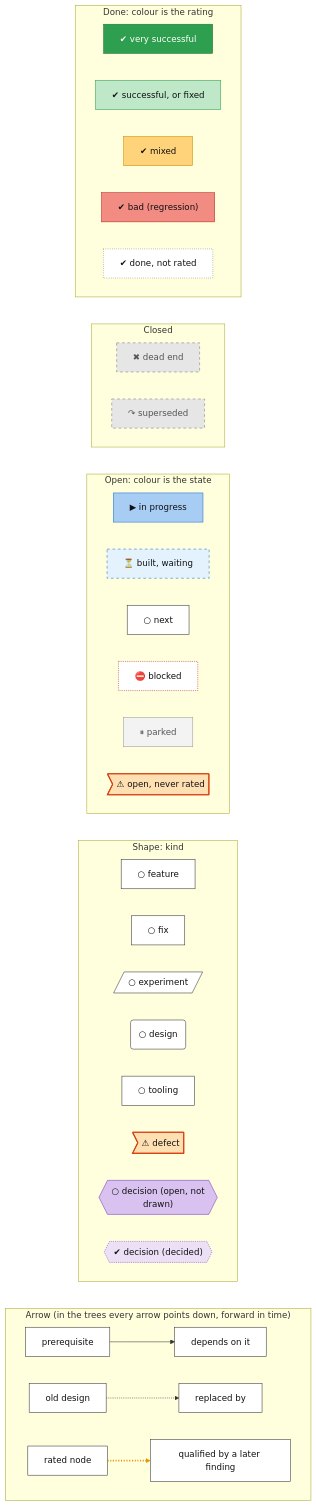
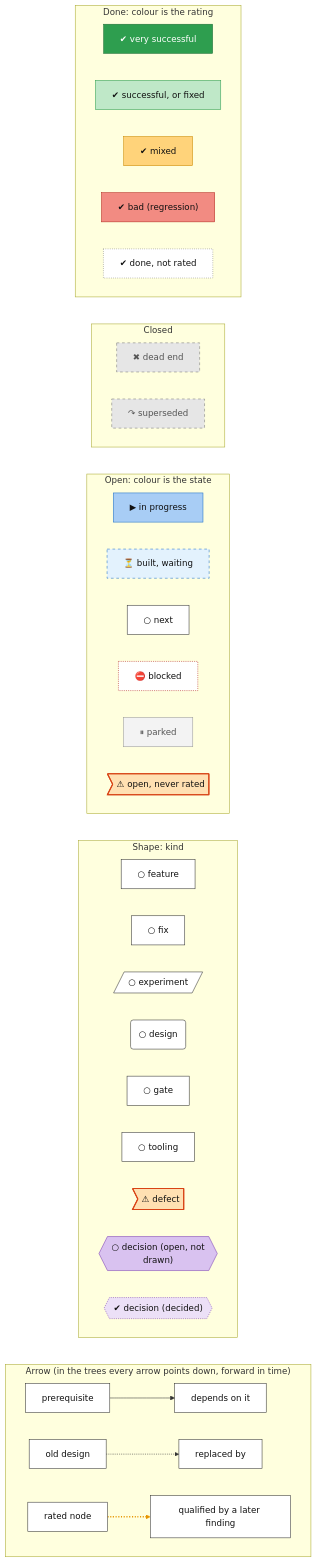
One commit to lhns/v3compat changed the first of 2 diagrams in docs/roadmap.md. Above: the diagram before and after it, drawn with Mermaid. The commit also changed other lines of this file and 10 other files, not shown here.

First line of the commit message:
Roadmap: phase gates, forward work and an overview spine

````diff
--- a/docs/roadmap.md
+++ b/docs/roadmap.md
@@ -8,79 +8,80 @@
 ```mermaid
 flowchart TB
     %% legend
     subgraph lg_g0["Done: colour is the rating"]
         direction LR
         lg_s0["✔ very successful"]
         lg_s1["✔ successful, or fixed"]
         lg_s2["✔ mixed"]
         lg_s3["✔ bad (regression)"]
         lg_s4["✔ done, not rated"]
     end
     subgraph lg_g1["Closed"]
         direction LR
         lg_s5["✖ dead end"]
         lg_s6["↷ superseded"]
     end
     subgraph lg_g2["Open: colour is the state"]
         direction LR
         lg_s7["▶ in progress"]
         lg_s8["⏳ built, waiting"]
         lg_s9["○ next"]
         lg_s10["⛔ blocked"]
         lg_s11["⏸ parked"]
         lg_s12>"⚠ open, never rated"]
     end
     subgraph lg_shape["Shape: kind"]
         direction LR
         lg_k0["○ feature"]
         lg_k1["○ fix"]
         lg_k2[/"○ experiment"/]
         lg_k3("○ design")
-        lg_k4["○ tooling"]
-        lg_k5>"⚠ defect"]
-        lg_k6{{"○ decision (open, not<br/>drawn)"}}
-        lg_k7{{"✔ decision (decided)"}}
+        lg_k4["○ gate"]
+        lg_k5["○ tooling"]
+        lg_k6>"⚠ defect"]
+        lg_k7{{"○ decision (open, not<br/>drawn)"}}
+        lg_k8{{"✔ decision (decided)"}}
     end
     subgraph lg_edge["Arrow (in the trees every arrow points down, forward in time)"]
         direction LR
         lg_e0a["prerequisite"]
         lg_e0b["depends on it"]
         lg_e1a["old design"]
         lg_e1b["replaced by"]
         lg_e2a["rated node"]
         lg_e2b["qualified by a later finding"]
     end
     lg_g0 ~~~ lg_g1 ~~~ lg_g2 ~~~ lg_shape ~~~ lg_edge
     lg_e0a --> lg_e0b
     lg_e1a -.-> lg_e1b
     lg_e2a -.-> lg_e2b
     linkStyle 6 stroke:#e69500,stroke-width:3px,stroke-dasharray:2 3
     classDef vsucc fill:#2e9e4f,stroke:#1b6b34,color:#fff
     classDef succ fill:#bfe8c8,stroke:#2e9e4f,color:#111
     classDef mixed fill:#ffd37a,stroke:#c98a00,color:#111
     classDef bad fill:#f28b82,stroke:#b3261e,color:#111
     classDef dead fill:#e6e6e6,stroke:#777,stroke-dasharray:5 5,color:#555
     classDef inprog fill:#a8cdf5,stroke:#1f6fc5,color:#111
     classDef next fill:#fff,stroke:#333,color:#111
     classDef blocked fill:#fff,stroke:#b3261e,stroke-dasharray:2 2,color:#111
     classDef parked fill:#f3f3f3,stroke:#999,color:#555
     classDef unrated fill:#fff,stroke:#333,stroke-dasharray:1 3,color:#111
     classDef gate fill:#d9c2f0,stroke:#7b3fb5,color:#111
     classDef decided fill:#ece0f7,stroke:#7b3fb5,stroke-dasharray:2 2,color:#111
     classDef finding fill:#ffe0b2,stroke:#d84315,stroke-width:2px,color:#111
     classDef waiting fill:#e3f2fd,stroke:#1f6fc5,stroke-dasharray:5 5,color:#111
     class lg_s0 vsucc
     class lg_s1 succ
     class lg_s2 mixed
     class lg_s3 bad
     class lg_s4 unrated
     class lg_s5,lg_s6 dead
     class lg_s7 inprog
     class lg_s8 waiting
-    class lg_s9,lg_k0,lg_k1,lg_k2,lg_k3,lg_k4,lg_e0a,lg_e0b,lg_e1a,lg_e1b,lg_e2a,lg_e2b next
+    class lg_s9,lg_k0,lg_k1,lg_k2,lg_k3,lg_k4,lg_k5,lg_e0a,lg_e0b,lg_e1a,lg_e1b,lg_e2a,lg_e2b next
     class lg_s10 blocked
     class lg_s11 parked
-    class lg_s12,lg_k5 finding
-    class lg_k6 gate
-    class lg_k7 decided
+    class lg_s12,lg_k6 finding
+    class lg_k7 gate
+    class lg_k8 decided
 ```
````
